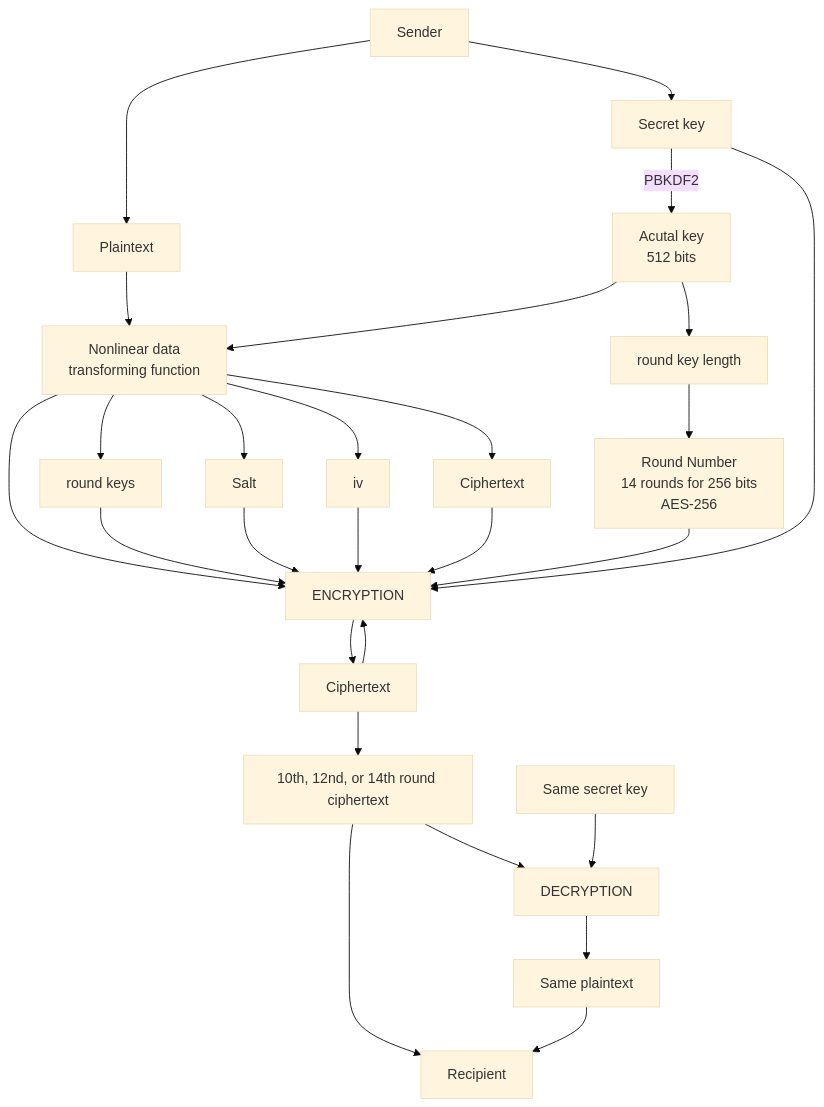
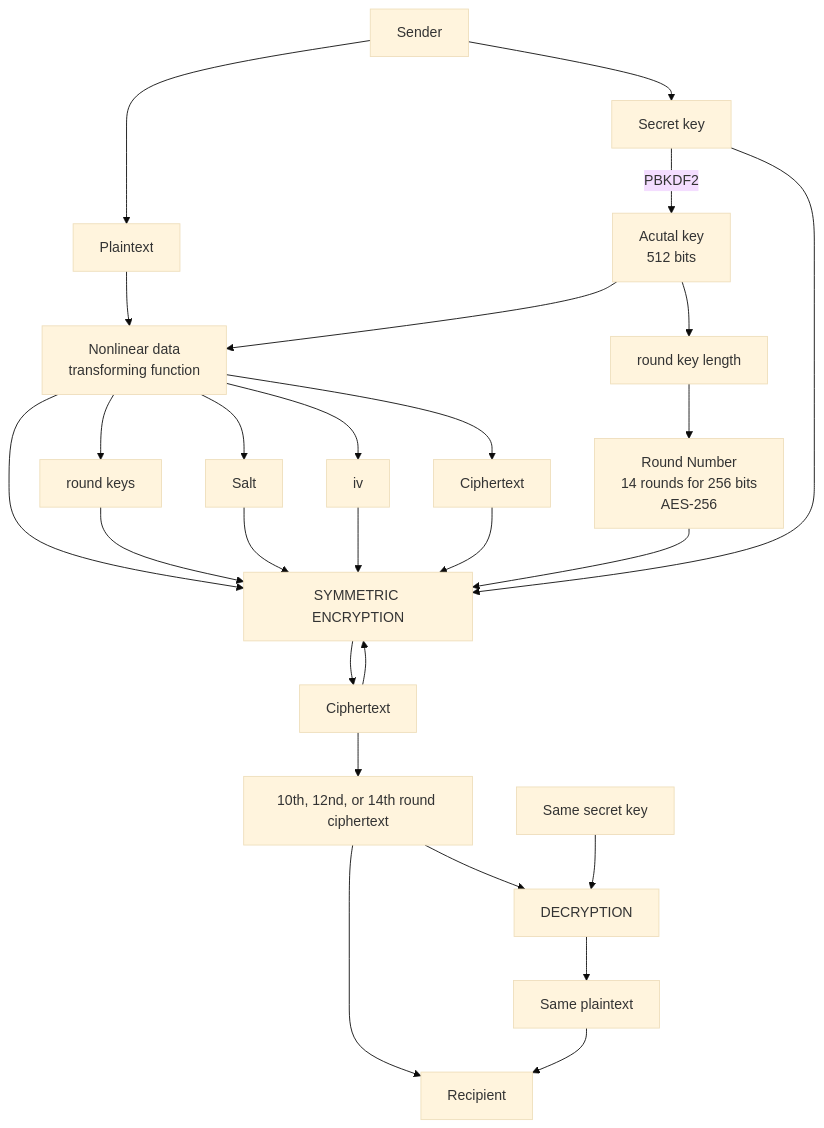
One commit to Kietpawpan/encryption changed the diagram in README.md. Above: the diagram before and after it, drawn with Mermaid (base theme).

````diff
--- a/README.md
+++ b/README.md
@@ -5,16 +5,16 @@
 ```mermaid
 flowchart TD
     A[Sender] --> B[Plaintext]-->FC
-    C[Secret key]--PBKDF2-->AK[Acutal key\n512 bits]-->FC-->D[ENCRYPTION]-->E[Ciphertext]-->D
+    C[Secret key]--PBKDF2-->AK[Acutal key\n512 bits]-->FC-->D[SYMMETRIC ENCRYPTION]-->E[Ciphertext]-->D
     E-->FN[10th, 12nd, or 14th round ciphertext]-->F[Recipient]
     C2[Same secret key]-->G[DECRYPTION]-->I[Same plaintext]-->F
      FN-->G
 A-->C-->D
 RK[round keys]-->D
 AK-->RKL[round key length]-->RN[Round Number\n14 rounds for 256 bits\nAES-256]-->D
 FC[Nonlinear data \ntransforming function]
 FC-->RK
 FC-->SL[Salt]-->D
 FC-->iv[iv]-->D
 FC-->CFT[Ciphertext]-->D
 ```
````
